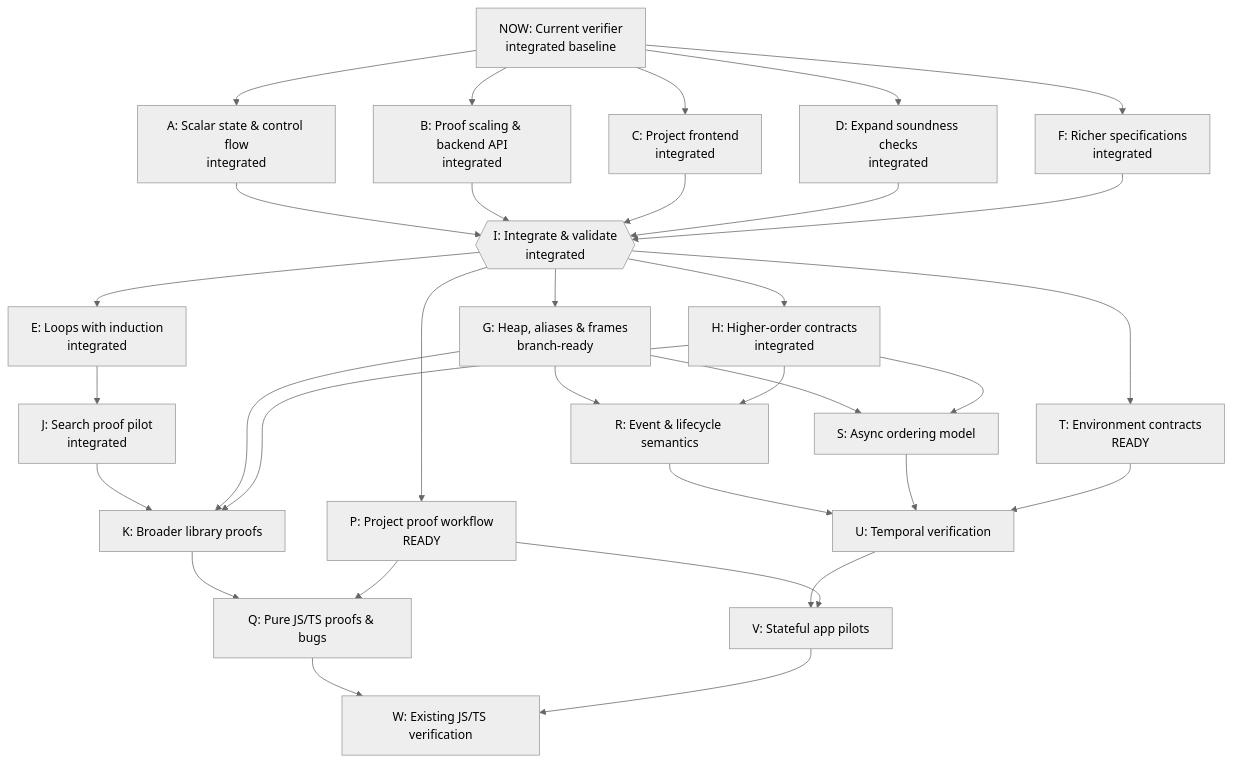
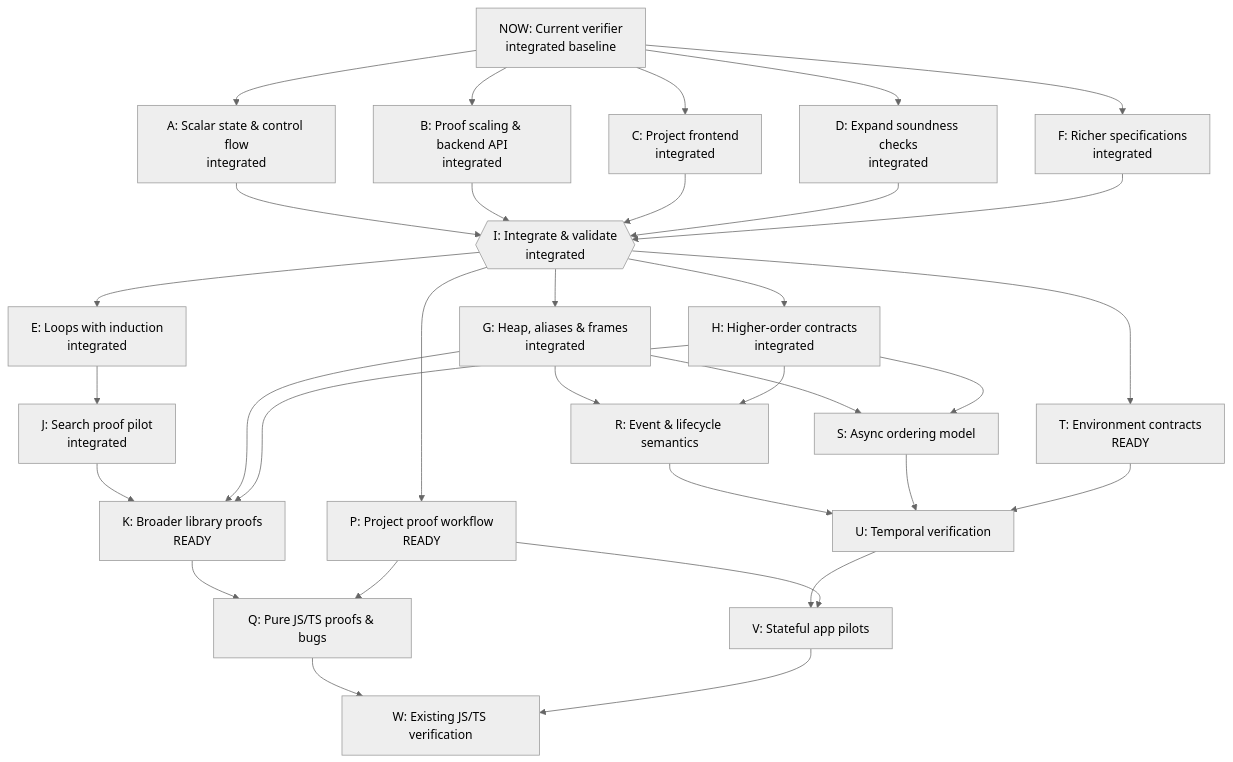
Before and after one commit to rickono/verified-list-ui: the diagram in docs/verification-roadmap.md, drawn with Mermaid (neutral theme). The commit also changed other lines of this file and 6 other files, not shown here.

````diff
--- a/docs/verification-roadmap.md
+++ b/docs/verification-roadmap.md
@@ -7,55 +7,55 @@
 ```mermaid
 flowchart TD
   NOW["NOW: Current verifier<br/>integrated baseline"]
   A["A: Scalar state &amp; control flow<br/>integrated"]
   B["B: Proof scaling &amp; backend API<br/>integrated"]
   C["C: Project frontend<br/>integrated"]
   D["D: Expand soundness checks<br/>integrated"]
   F["F: Richer specifications<br/>integrated"]
   I{{"I: Integrate &amp; validate<br/>integrated"}}
   E["E: Loops with induction<br/>integrated"]
-  G["G: Heap, aliases &amp; frames<br/>branch-ready"]
+  G["G: Heap, aliases &amp; frames<br/>integrated"]
   H["H: Higher-order contracts<br/>integrated"]
   J["J: Search proof pilot<br/>integrated"]
-  K["K: Broader library proofs"]
+  K["K: Broader library proofs<br/>READY"]
   P["P: Project proof workflow<br/>READY"]
   Q["Q: Pure JS/TS proofs &amp; bugs"]
   R["R: Event &amp; lifecycle semantics"]
   S["S: Async ordering model"]
   T["T: Environment contracts<br/>READY"]
   U["U: Temporal verification"]
   V["V: Stateful app pilots"]
   W["W: Existing JS/TS verification"]
   NOW --> A
   NOW --> B
   NOW --> C
   NOW --> D
   NOW --> F
   A --> I
   B --> I
   C --> I
   D --> I
   F --> I
   I --> E
   I --> G
   I --> H
   E --> J
   J --> K
   G --> K
   H --> K
   I --> P
   K --> Q
   P --> Q
   G --> R
   H --> R
   G --> S
   H --> S
   I --> T
   R --> U
   S --> U
   T --> U
   U --> V
   P --> V
   Q --> W
   V --> W
 ```
````
